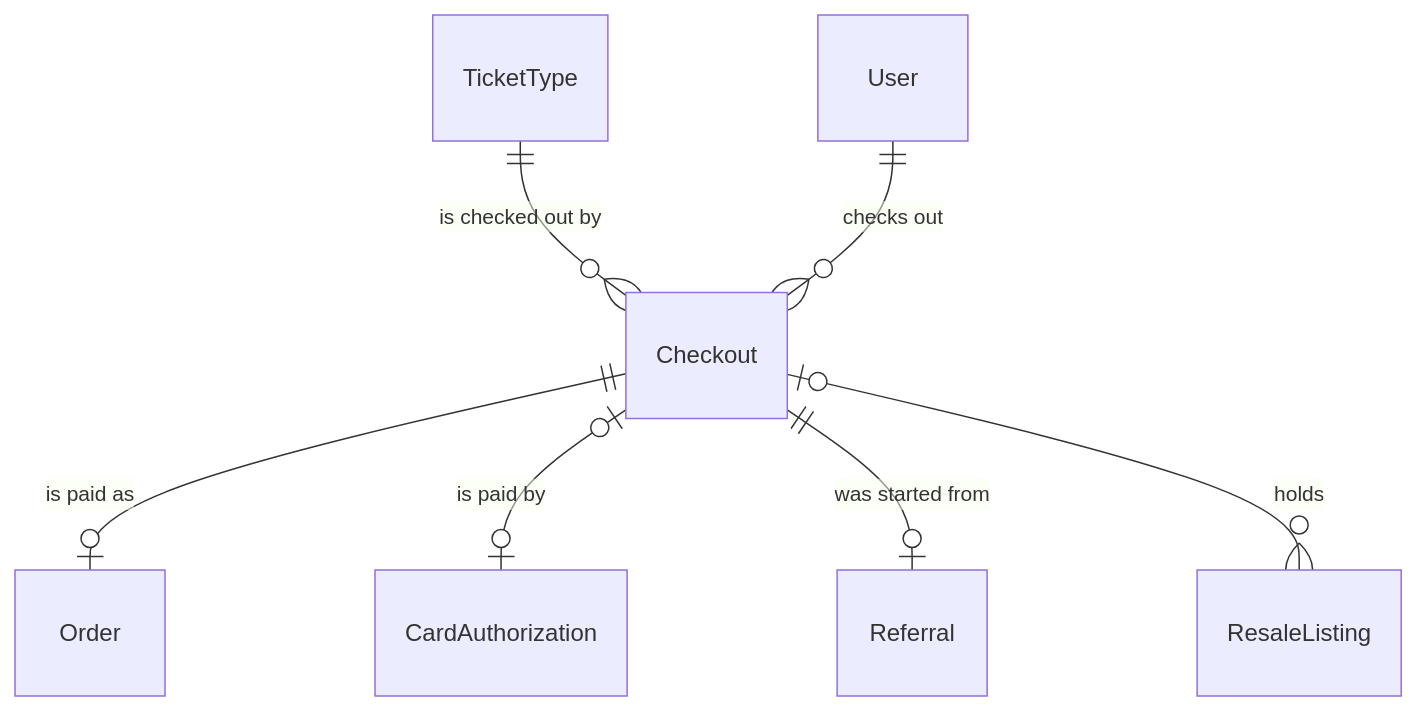
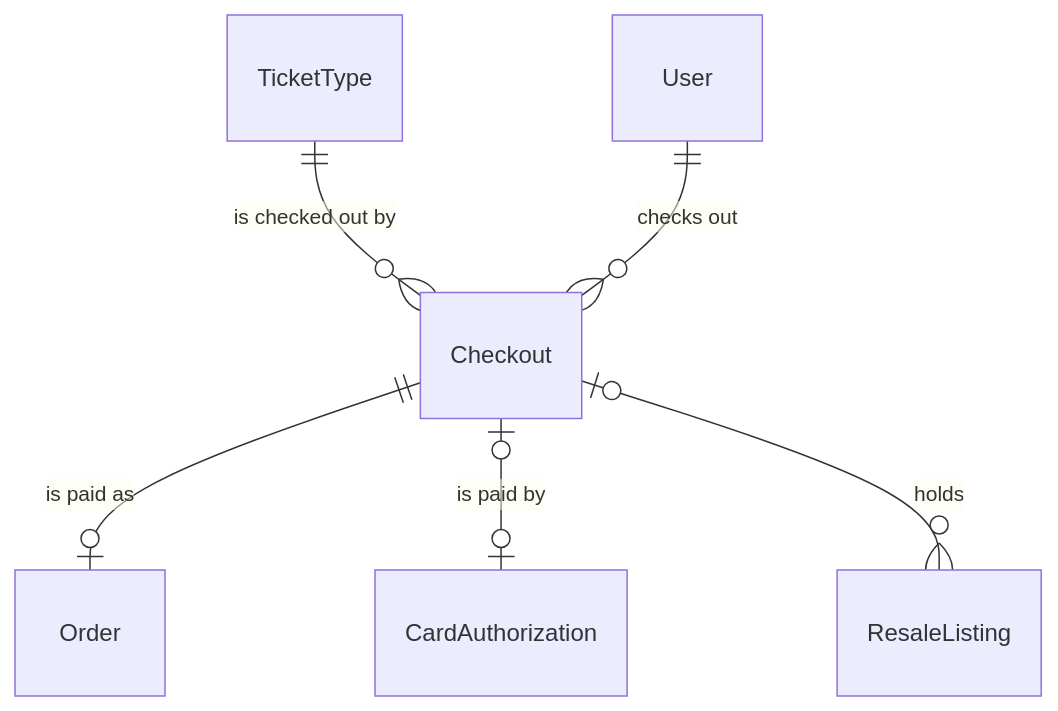
Before and after one commit to liverty-music/specification: the first of 2 diagrams in openspec/specs/components/entity/checkout/spec.md, drawn with Mermaid. The commit also changed other lines of this file and 76 other files, not shown here.

````diff
--- a/openspec/specs/components/entity/checkout/spec.md
+++ b/openspec/specs/components/entity/checkout/spec.md
@@ -20,9 +21,8 @@
 ```mermaid
 erDiagram
   TicketType ||--o{ Checkout : "is checked out by"
   User ||--o{ Checkout : "checks out"
   Checkout ||--o| Order : "is paid as"
   Checkout |o--o| CardAuthorization : "is paid by"
-  Checkout ||--o| Referral : "was started from"
   Checkout |o--o{ ResaleListing : "holds"
 ```
````
